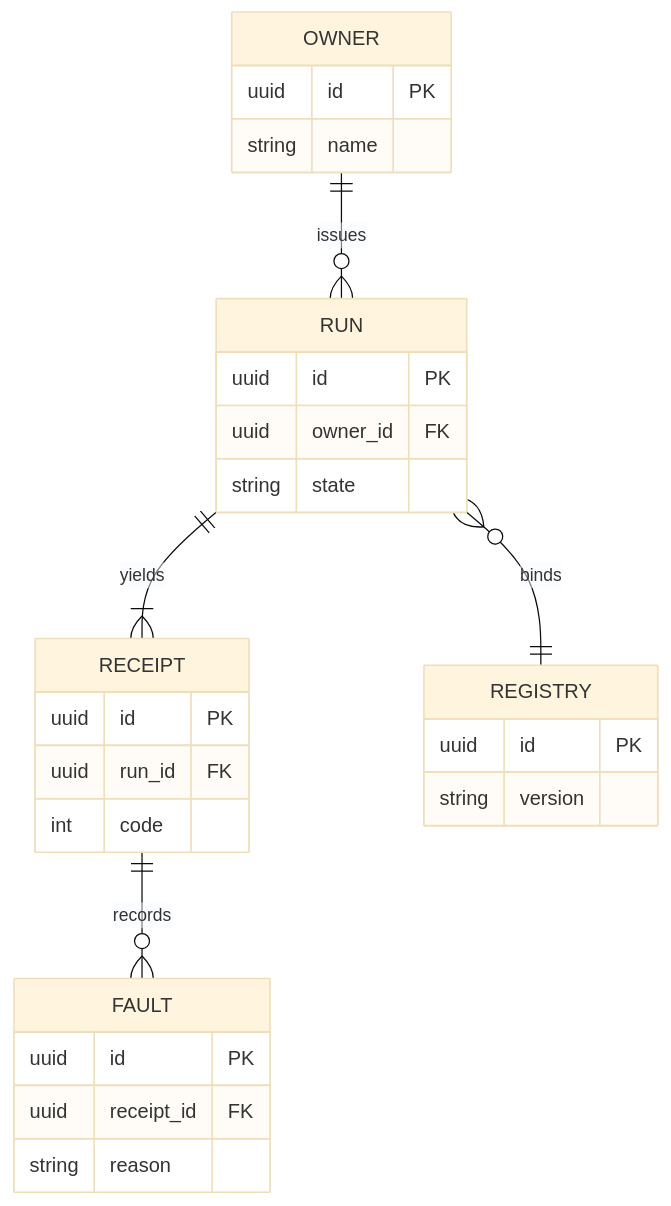
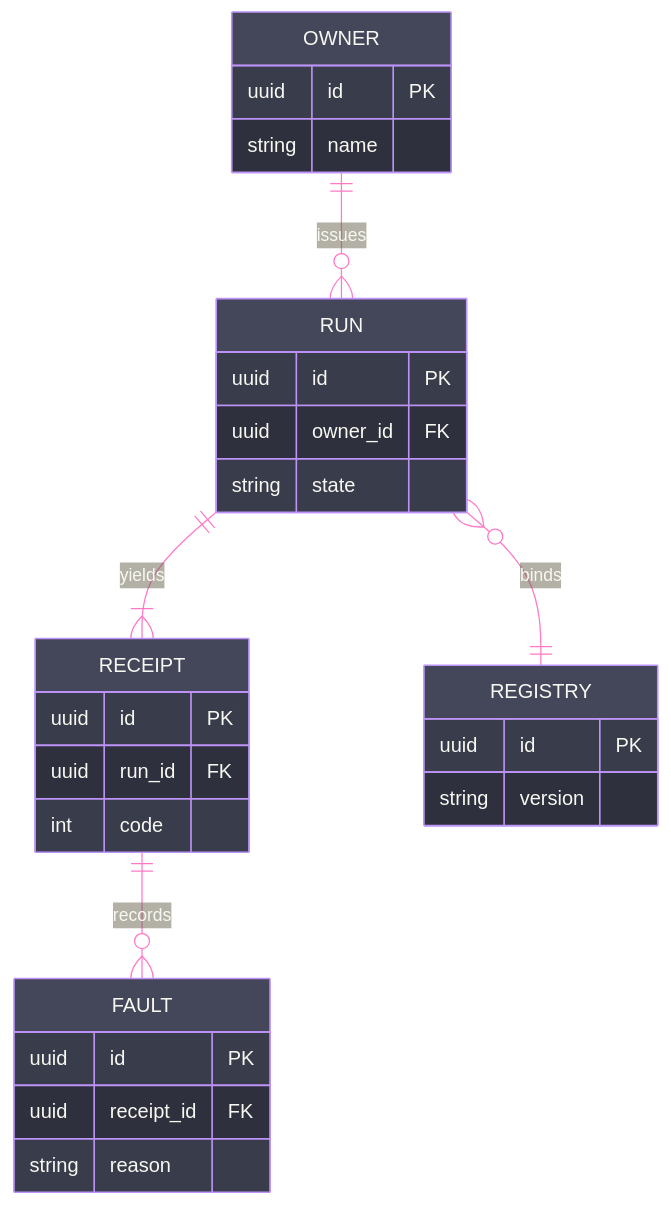
Before and after one commit to bsamiee/Rasm: the diagram in .claude/skills/mermaid-diagramming/templates/schema.mmd.md, drawn with Mermaid. The commit also changed other lines of this file and 17 other files, not shown here.

````diff
--- a/.claude/skills/mermaid-diagramming/templates/schema.mmd.md
+++ b/.claude/skills/mermaid-diagramming/templates/schema.mmd.md
@@ -5,36 +5,48 @@
 ```mermaid
 ---
 config:
   theme: base
+  themeVariables:
+    darkMode: true
+    background: "#282A36"
+    primaryColor: "#44475A"
+    primaryTextColor: "#F8F8F2"
+    primaryBorderColor: "#BD93F9"
+    lineColor: "#FF79C6"
+    textColor: "#F8F8F2"
+    nodeBorder: "#BD93F9"
+    edgeLabelBackground: "#282A36"
+    attributeBackgroundColorOdd: "#282A36"
+    attributeBackgroundColorEven: "#21222C"
 ---
 erDiagram
     accTitle: Persistent entity schema
     accDescr: Typed entities linked by primary and foreign keys, each relation carrying a crow's-foot cardinality.
     OWNER ||--o{ RUN : issues
     RUN ||--|{ RECEIPT : yields
     RUN }o--|| REGISTRY : binds
     RECEIPT ||--o{ FAULT : records
     OWNER {
         uuid id PK
         string name
     }
     RUN {
         uuid id PK
         uuid owner_id FK
         string state
     }
     RECEIPT {
         uuid id PK
         uuid run_id FK
         int code
     }
     REGISTRY {
         uuid id PK
         string version
     }
     FAULT {
         uuid id PK
         uuid receipt_id FK
         string reason
     }
 ```
````
